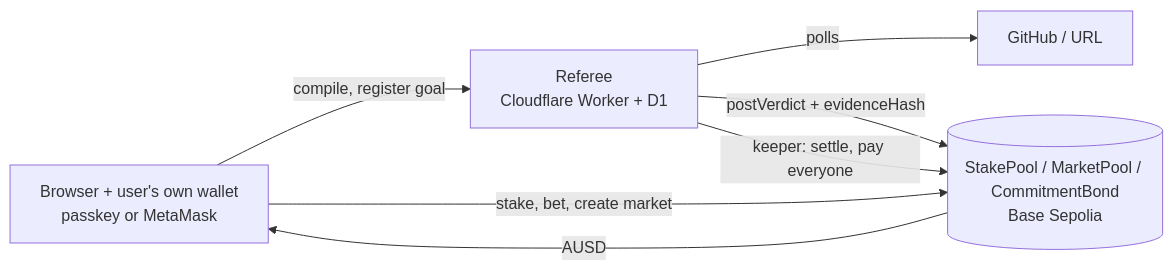
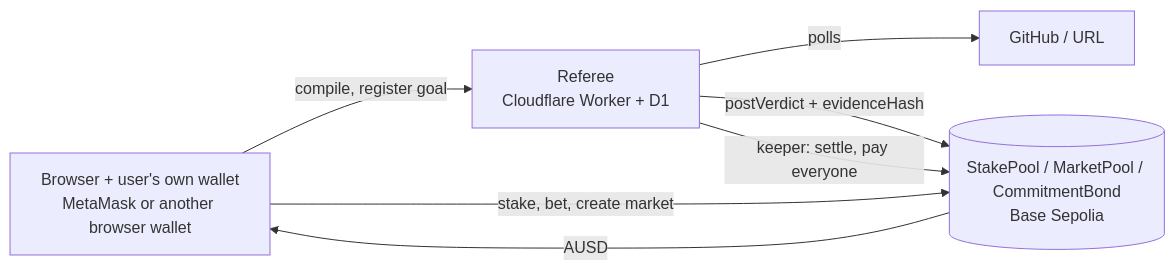
The diagram in README.md (cabbles/b-bhacks), drawn with Mermaid before and after one commit. The commit also changed other lines of this file and 13 other files, not shown here.

First line of the commit message:
web: browser wallets only (MetaMask first); drop Coinbase passkey + paymaster

````diff
--- a/README.md
+++ b/README.md
@@ -35,9 +35,9 @@
 ```mermaid
 flowchart LR
-  U[Browser + user's own wallet<br/>passkey or MetaMask] -->|compile, register goal| R[Referee<br/>Cloudflare Worker + D1]
+  U[Browser + user's own wallet<br/>MetaMask or another browser wallet] -->|compile, register goal| R[Referee<br/>Cloudflare Worker + D1]
   U -->|stake, bet, create market| P[(StakePool / MarketPool / CommitmentBond<br/>Base Sepolia)]
   R -->|polls| G[GitHub / URL]
   R -->|postVerdict + evidenceHash| P
   R -->|keeper: settle, pay everyone| P
   P -->|AUSD| U
 ```
````
